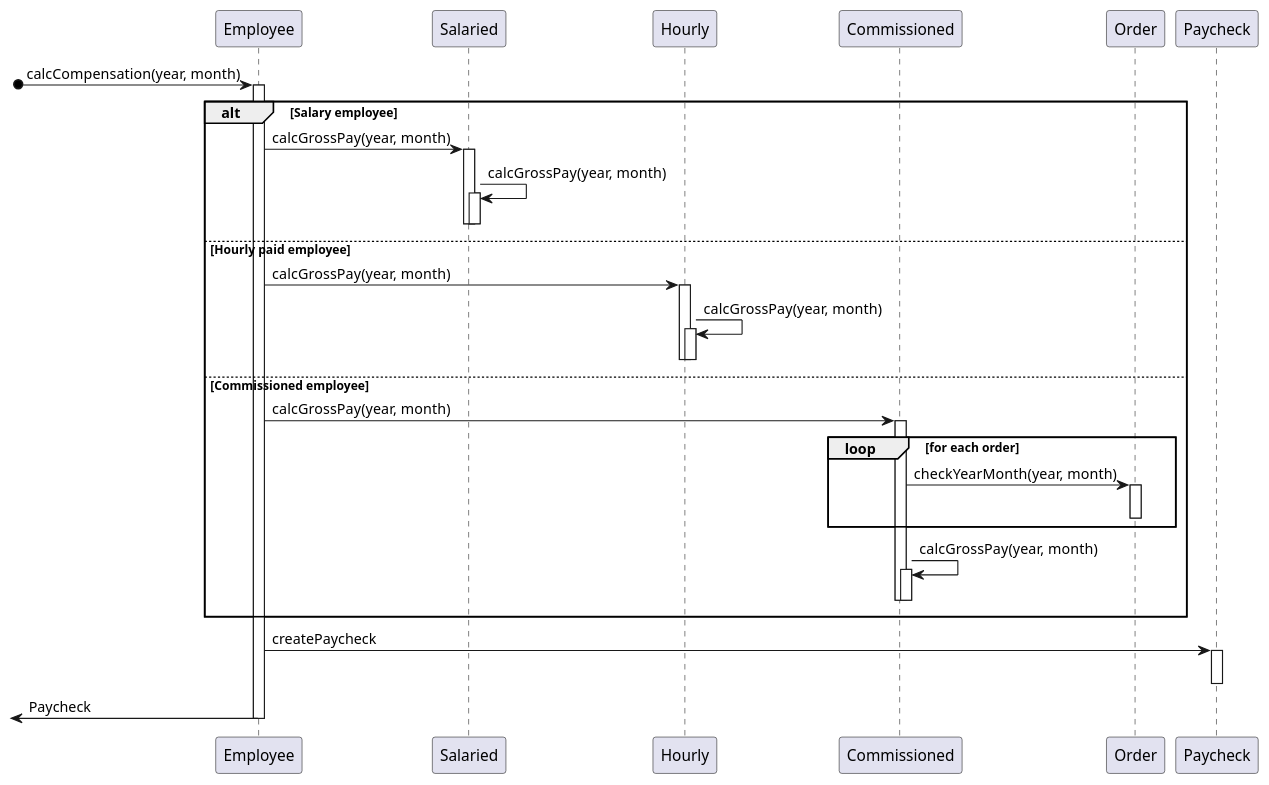
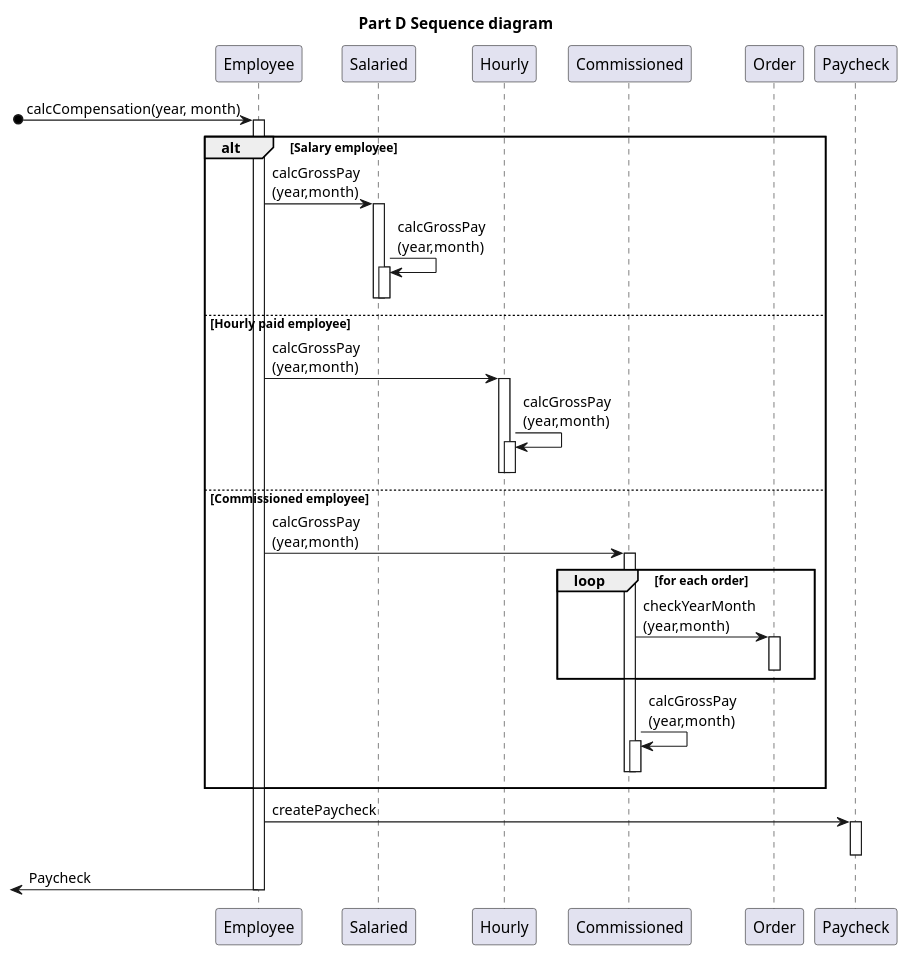
Before and after one commit to Ochirgarid/miu: the third of 3 diagrams in CS401/lab4/Diagrams.md, drawn with PlantUML. The commit also changed other lines of this file and 480 other files, not shown here.

````diff
--- a/CS401/lab4/Diagrams.md
+++ b/CS401/lab4/Diagrams.md
@@ -134,40 +83,40 @@
 ```plantuml
 @startuml
-
+title **Part D Sequence diagram**
 [o-> Employee : calcCompensation(year, month)
 activate Employee
 alt Salary employee
-    Employee -> Salaried : calcGrossPay(year, month)
+    Employee -> Salaried : calcGrossPay\n(year,month)
     activate Salaried
-    Salaried -> Salaried : calcGrossPay(year, month)
+    Salaried -> Salaried : calcGrossPay\n(year,month)
     activate Salaried
     deactivate Salaried
     deactivate Salaried
 else Hourly paid employee
-    Employee -> Hourly : calcGrossPay(year, month)
+    Employee -> Hourly : calcGrossPay\n(year,month)
     activate Hourly
-    Hourly -> Hourly : calcGrossPay(year, month)
+    Hourly -> Hourly : calcGrossPay\n(year,month)
     activate Hourly
     deactivate Hourly
     deactivate Hourly
 else Commissioned employee
-    Employee -> Commissioned : calcGrossPay(year, month)
+    Employee -> Commissioned : calcGrossPay\n(year,month)
     activate Commissioned
     loop for each order
-        Commissioned -> Order: checkYearMonth(year, month)
+        Commissioned -> Order: checkYearMonth\n(year,month)
         activate Order
         deactivate Order
     end
-    Commissioned -> Commissioned : calcGrossPay(year, month)
+    Commissioned -> Commissioned : calcGrossPay\n(year,month)
     activate Commissioned
     deactivate Commissioned
     deactivate Commissioned
 end
 
 Employee -> Paycheck : createPaycheck
 activate Paycheck
 deactivate Paycheck
 [<- Employee : Paycheck
 deactivate Employee
 @enduml
 ```
````
